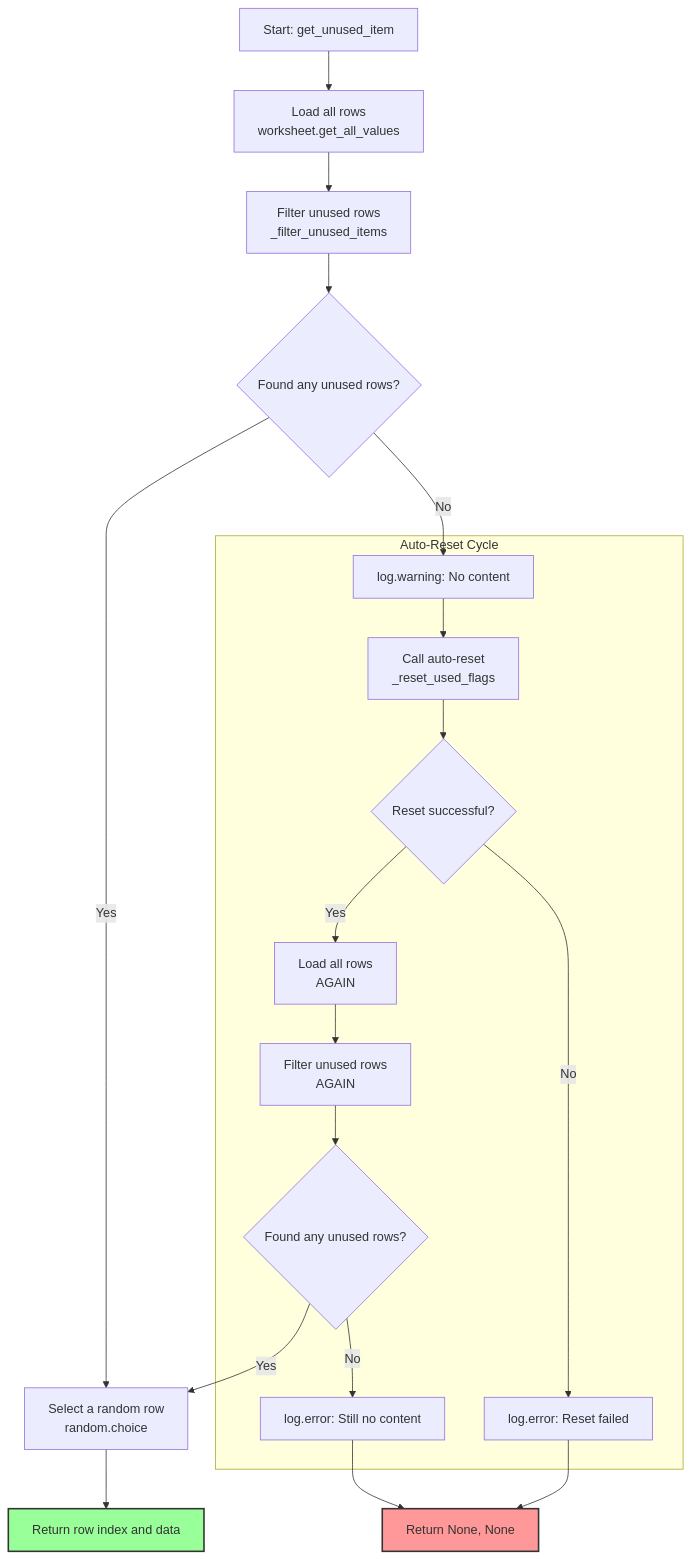
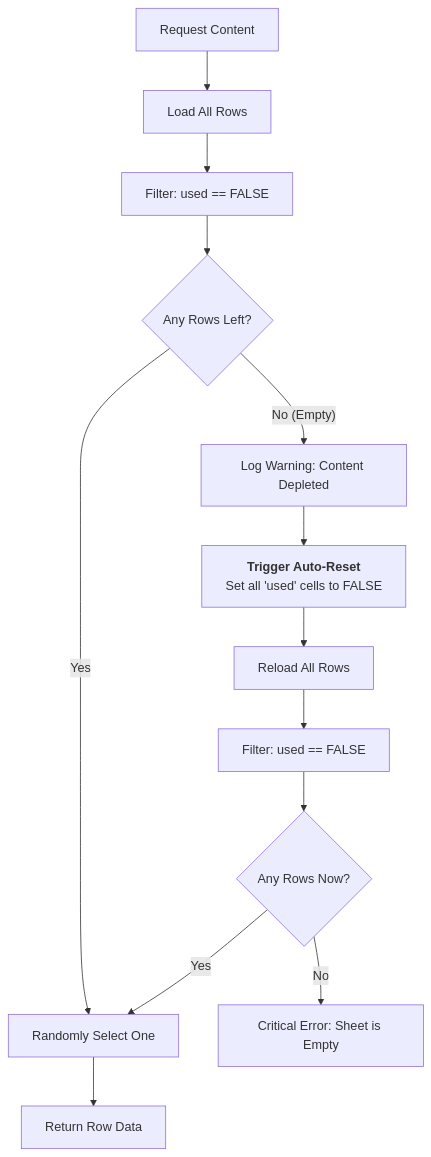
The second of 2 diagrams in docs/how_to/for_programmers/05_service_sheets.md (OpenXFlow/PulserBot), drawn with Mermaid before and after one commit. The commit also changed other lines of this file and 105 other files, not shown here.

First line of the commit message:
docs: update architecture to v3.0 (Hybrid) and add redirect hub

````diff
--- a/docs/how_to/for_programmers/05_service_sheets.md
+++ b/docs/how_to/for_programmers/05_service_sheets.md
@@ -61,39 +69,21 @@
 ```mermaid
 graph TD
-    A[Start: get_unused_item] --> B[Load all rows<br/>worksheet.get_all_values];
-    B --> C[Filter unused rows<br/>_filter_unused_items];
-    C --> D{Found any unused rows?};
+    Start[Request Content] --> Load[Load All Rows];
+    Load --> Filter[Filter: used == FALSE];
     
-    D -- Yes --> E[Select a random row<br/>random.choice];
-    E --> F[Return row index and data];
+    Filter --> Check{Any Rows Left?};
     
-    D -- No --> G[log.warning: No content];
-    G --> H[Call auto-reset<br/>_reset_used_flags];
+    Check -- Yes --> Pick[Randomly Select One];
+    Pick --> Return[Return Row Data];
     
-    H --> I{Reset successful?};
+    Check -- No (Empty) --> Warn[Log Warning: Content Depleted];
+    Warn --> Reset[<b>Trigger Auto-Reset</b><br>Set all 'used' cells to FALSE];
     
-    I -- No --> J[log.error: Reset failed];
-    J --> K[Return None, None];
+    Reset --> RetryLoad[Reload All Rows];
+    RetryLoad --> RetryFilter[Filter: used == FALSE];
     
-    I -- Yes --> L[Load all rows<br/>AGAIN];
-    L --> M[Filter unused rows<br/>AGAIN];
-    M --> N{Found any unused rows?};
+    RetryFilter --> CheckRetry{Any Rows Now?};
     
-    N -- Yes --> E;
-    N -- No --> O[log.error: Still no content];
-    O --> K;
-
-    subgraph Auto-Reset Cycle
-        G
-        H
-        I
-        L
-        M
-        N
-        O
-        J
-    end
-
-    style F fill:#9f9,stroke:#333,stroke-width:2px
-    style K fill:#f99,stroke:#333,stroke-width:2px
+    CheckRetry -- Yes --> Pick;
+    CheckRetry -- No --> Error[Critical Error: Sheet is Empty];
 ```
````
